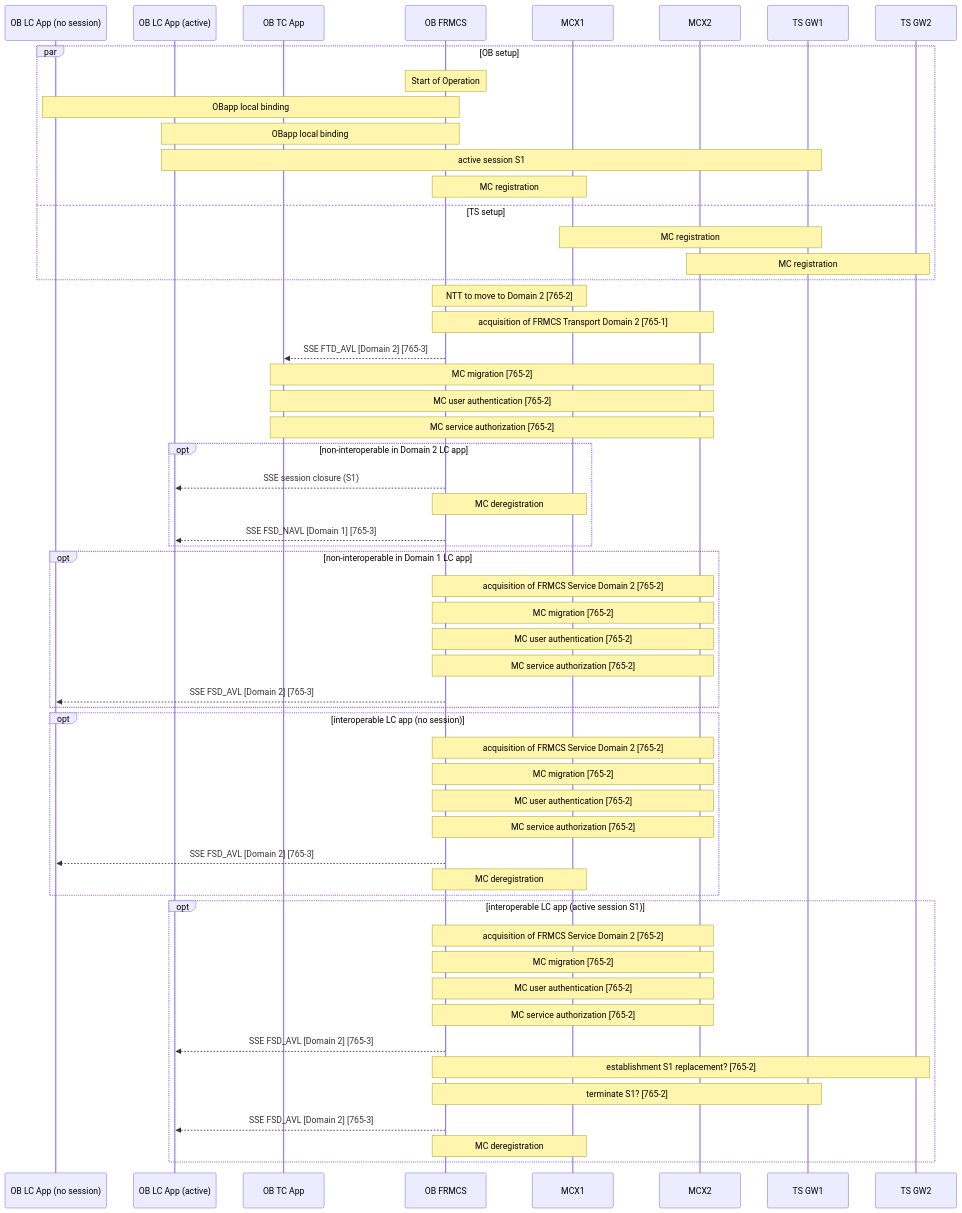
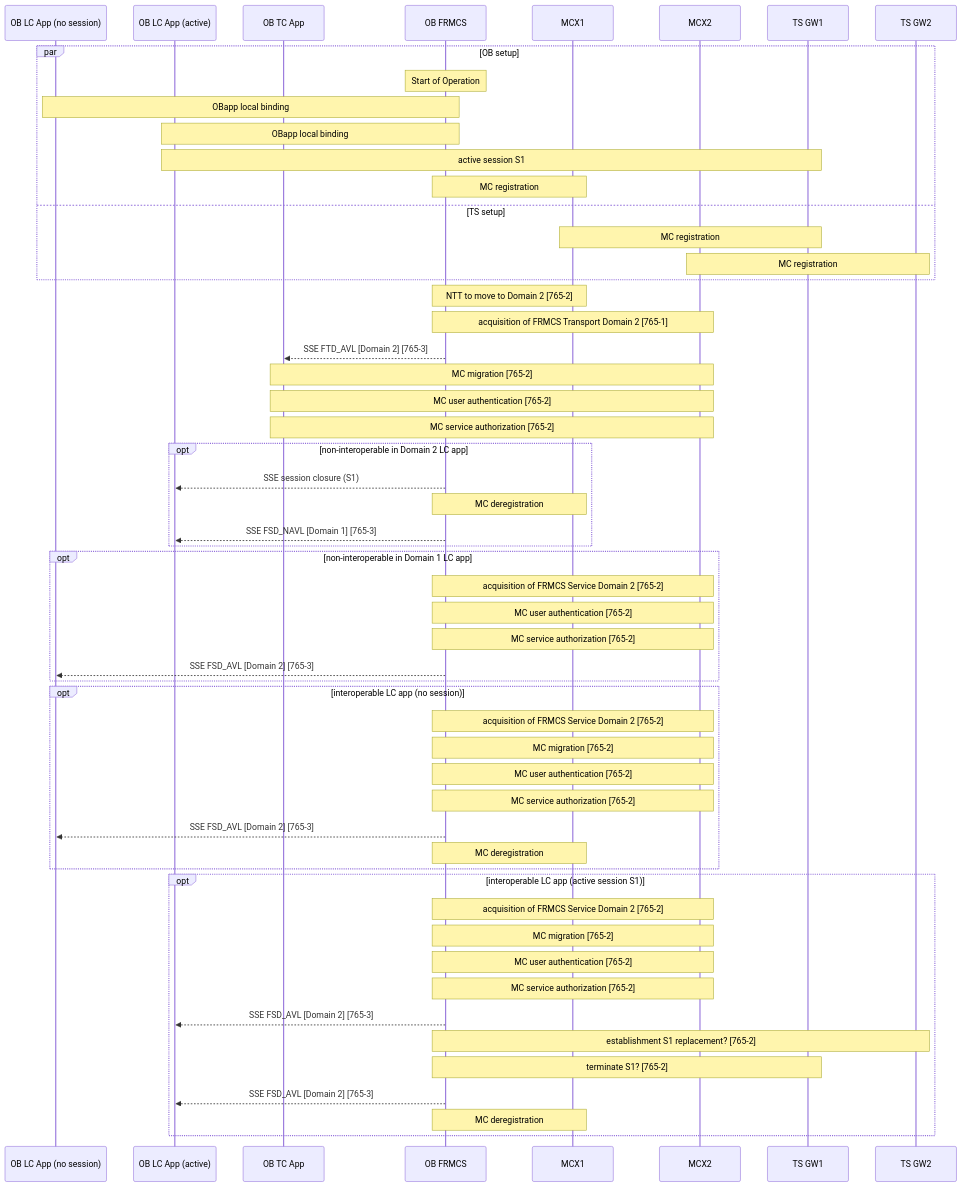
Before and after one commit to UICrail/FRMCSSandbox: the third of 3 diagrams in E2EProcedures/README.md, drawn with Mermaid.

Commit message:
README.md - corrected IFDT for non-interoperable in Domain 1 LC app
removed unnecessary MC migration step)

````diff
--- a/E2EProcedures/README.md
+++ b/E2EProcedures/README.md
@@ -96,70 +96,69 @@
 ```mermaid
 
 sequenceDiagram
 participant AL1 as OB LC App (no session)
 participant AL2 as OB LC App (active)
 participant AT as OB TC App
 participant O as OB FRMCS
 participant M1 as MCX1
 participant M2 as MCX2
 participant T1 as TS GW1
 participant T2 as TS GW2
 %participant B1 as RBC1
 %participant B2 as RBC2
 
 par OB setup
 	Note over O: Start of Operation 
 	Note over AL1,O: OBapp local binding
   Note over AL2,O: OBapp local binding
   Note over AL2,T1: active session S1
 	Note over O,M1:	MC registration
 and TS setup
 	%Note over B1,T1: TSapp local binding
 	%Note over B2,T2: TSapp local binding
 	Note over T1,M1: MC registration
 	Note over T2,M2: MC registration
 end
 
 % BXL
 Note over O,M1: NTT to move to Domain 2  [765-2]
 
 % BXL - TC
 Note over O,M2: acquisition of FRMCS Transport Domain 2  [765-1]
 O-->>AT: SSE FTD_AVL [Domain 2]  [765-3]
 Note over AT,M2:  MC migration  [765-2]
 Note over AT,M2:  MC user authentication [765-2]
 Note over AT,M2:  MC service authorization [765-2]
 
 opt non-interoperable in Domain 2 LC app
   O-->>AL2:  SSE session closure (S1)
   Note over O,M1: MC deregistration
   O-->>AL2:  SSE FSD_NAVL [Domain 1]  [765-3]
 end
 opt non-interoperable in Domain 1 LC app
   Note over O,M2: acquisition of FRMCS Service Domain 2  [765-2]
-  Note over O,M2:  MC migration  [765-2]
   Note over O,M2:  MC user authentication [765-2]
   Note over O,M2:  MC service authorization [765-2]
   O-->>AL1:  SSE FSD_AVL [Domain 2]  [765-3]
 end
 opt interoperable LC app (no session)
   Note over O,M2: acquisition of FRMCS Service Domain 2  [765-2]
   Note over O,M2:  MC migration  [765-2]
   Note over O,M2:  MC user authentication [765-2]
   Note over O,M2:  MC service authorization [765-2]
   O-->>AL1: SSE FSD_AVL [Domain 2]  [765-3]
   Note over O,M1: MC deregistration
 end
 opt interoperable LC app (active session S1)
   Note over O,M2: acquisition of FRMCS Service Domain 2  [765-2]
   Note over O,M2:  MC migration  [765-2]
   Note over O,M2:  MC user authentication [765-2]
   Note over O,M2:  MC service authorization [765-2]
   O-->>AL2: SSE FSD_AVL [Domain 2]  [765-3]
   Note over O,T2: establishment S1 replacement?  [765-2]
   Note over O,T1: terminate S1?  [765-2]
   O-->>AL2: SSE FSD_AVL [Domain 2]  [765-3]
   Note over O,M1: MC deregistration
 end
 
 ```
````
